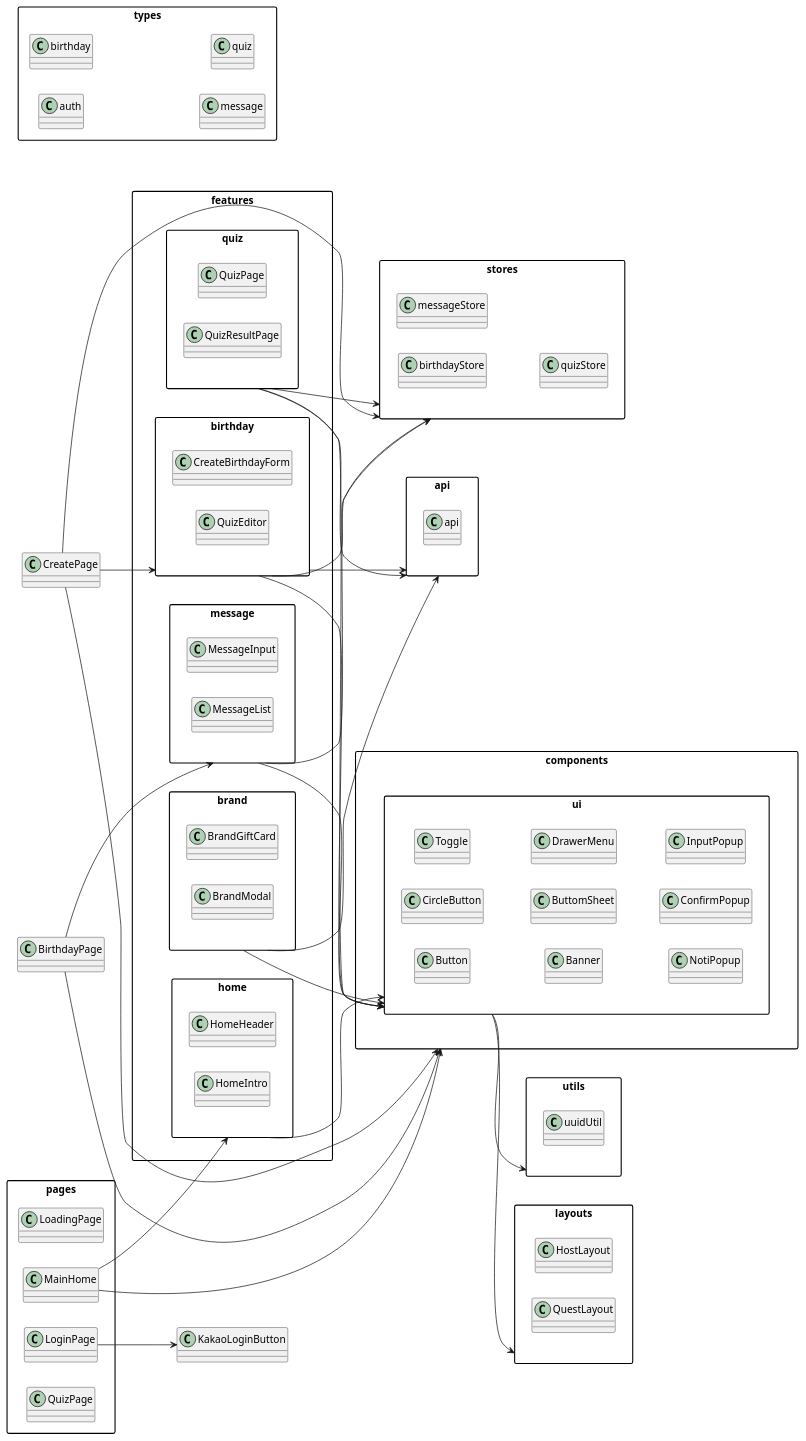
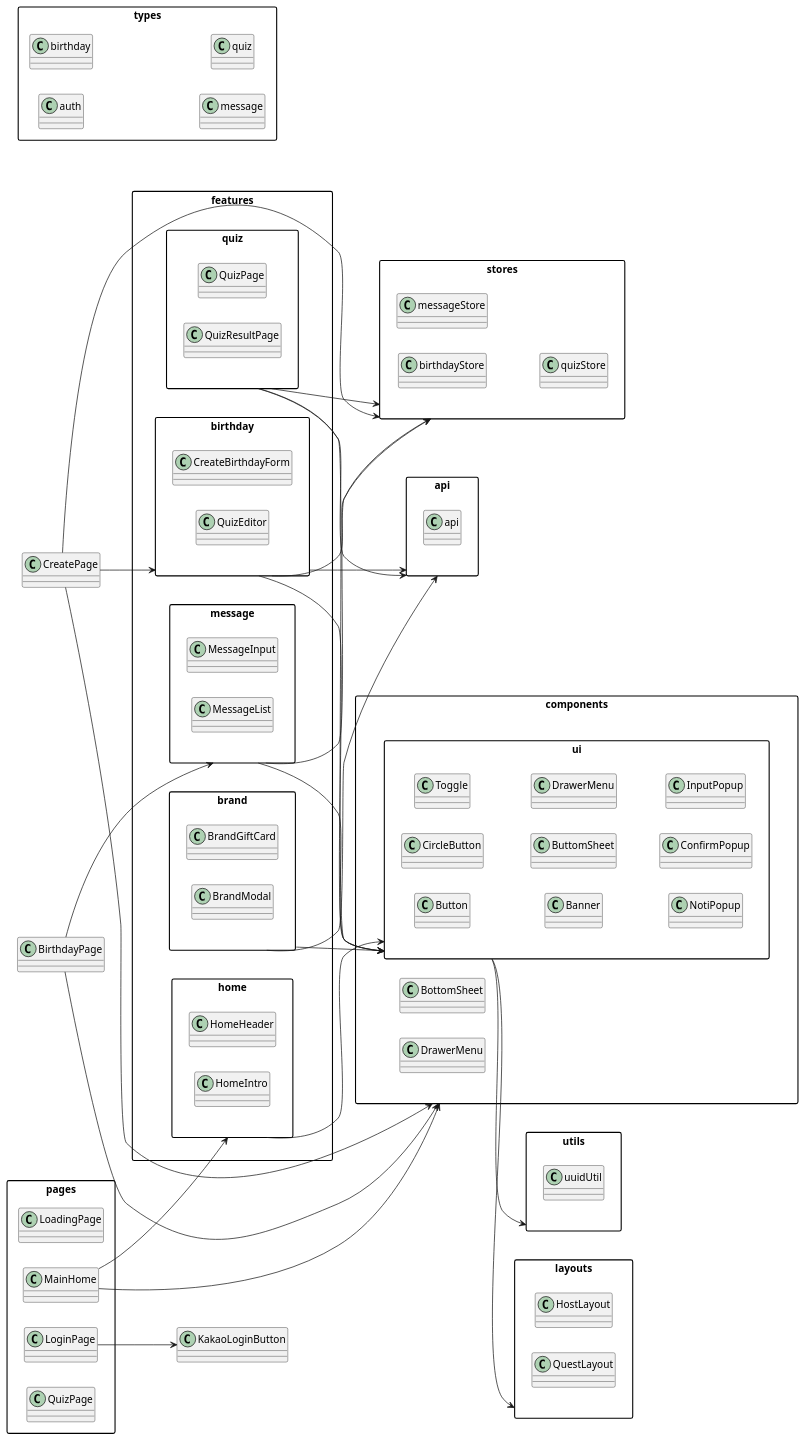
The diagram in birthday-app-architecture.puml (9oormthon-univ-skku/4-birthday-feast-fe), drawn with PlantUML before and after one commit. The commit also changed 10 other files, not shown here.

```diff
--- a/birthday-app-architecture.puml
+++ b/birthday-app-architecture.puml
@@ -1,137 +1,141 @@
 @startuml
 
 ' 다이어그램 디자인 설정
 skinparam packageStyle rectangle
 skinparam shadowing false
 skinparam classAttributeIconSize 0
 
 left to right direction
 
 ' ========== 패키지 정의 ==========
 
 package "pages" {
   ' //완료//
   class LoadingPage
   class LoginPage
   class MainHome
   class QuizPage 
 }
 
 package "components.ui" {
   class Button
   class CircleButton 
   class Toggle
   class Banner
   
   class ButtomSheet
   class DrawerMenu
 
   class NotiPopup
   class ConfirmPopup
   class InputPopup
+}
+package "components" {
+  class BottomSheet
+  class DrawerMenu
 }
 
 ' features. 는 추후 다시 수정 예정 
 package "features.birthday" {
   class CreateBirthdayForm
   ' class BirthdayThemePicker
   class QuizEditor
   ' class GiftLinkInput
   ' class LinkGenerator
 }
 
 package "features.message" {
   class MessageInput
   class MessageList
 }
 
 package "features.brand" {
   class BrandGiftCard
   class BrandModal
   ' class BrandEmailVerification
 }
 
 package "features.quiz" {
   class QuizPage
   class QuizResultPage
 }
 
 package "features.home" {
   class HomeHeader
   class HomeIntro
 }
 
 
 package "stores" {
   class birthdayStore
   class messageStore
   class quizStore
 }
 
 package "api" {
   class api
 }
 
 package "utils" {
   class uuidUtil
 }
 
 package "layouts" {
   class HostLayout
   class QuestLayout
 }
 
 package "types" {
   class auth
   class birthday
   class message
   class quiz
 }
 
 ' ========== 의존 관계 ==========
 ' 기본 ui 구현 완료 후 한 번 더 수정 예정
 
 LoginPage --> KakaoLoginButton
 'LoginPage --> authStore
 'LoginPage --> kakaoAuthAPI
 'LoginPage --> "components"
 'LoginPage --> "stores"
 
 CreatePage --> "features.birthday"
 CreatePage --> "components"
 CreatePage --> "stores"
 
 BirthdayPage --> "features.message"
 BirthdayPage --> "components"
 
 MainHome --> "features.home"
 MainHome --> "components"
 
 
 
 'KakaoAuthHandlerPage --> kakaoAuthAPI
 'KakaoAuthHandlerPage --> authStore
 'KakaoAuthHandlerPage --> kakaoUtil
 'KakaoAuthHandlerPage --> types.auth
 
 "features.birthday" --> stores
 "features.birthday" --> api
 "features.birthday" --> components.ui
 
 "features.message" --> stores
 "features.message" --> components.ui
 
 "features.quiz" --> api
 "features.quiz" --> stores
 "features.quiz" --> components.ui
 
 "features.brand" --> api
 "features.brand" --> components.ui
 
 "features.home" --> components.ui
 
 "components.ui" --> "layouts"
 "components.ui" --> utils
 
 
 @enduml
```
